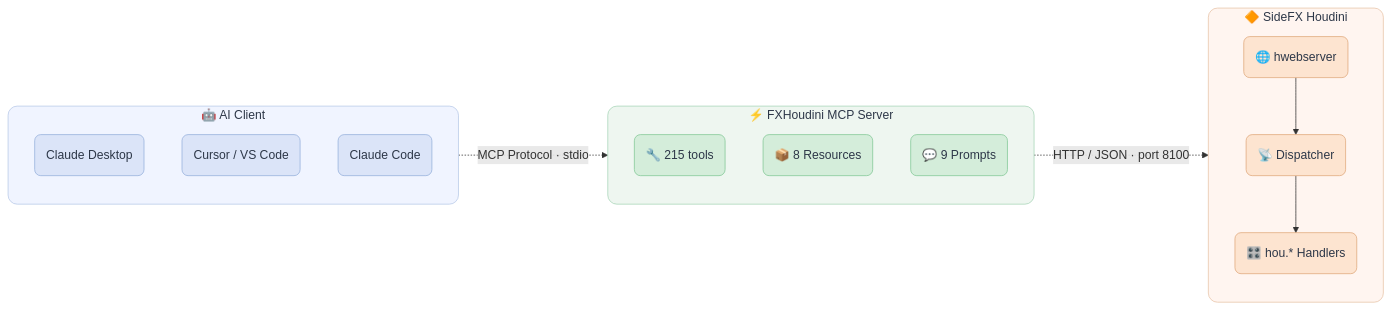
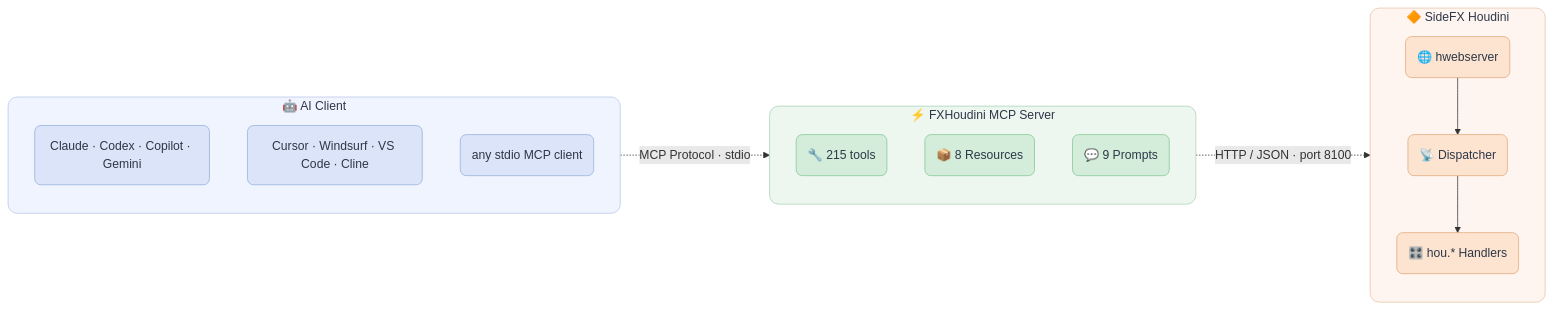
The diagram in README.md (d-potrivaev/fxhoudinimcp), drawn with Mermaid before and after one commit. The commit also changed other lines of this file and 2 other files, not shown here.

First line of the commit message:
docs: no client is featured over the others

````diff
--- a/README.md
+++ b/README.md
@@ -76,42 +76,42 @@
 ```mermaid
 flowchart LR
     subgraph Client[" 🤖 AI Client "]
         direction TB
-        A1("Claude Desktop")
-        A2("Cursor / VS Code")
-        A3("Claude Code")
+        A1("Claude · Codex · Copilot · Gemini")
+        A2("Cursor · Windsurf · VS Code · Cline")
+        A3("any stdio MCP client")
     end
 
     subgraph MCP[" ⚡ FXHoudini MCP Server "]
         direction TB
         B1("🔧 215 tools")
         B2("📦 8 Resources")
         B3("💬 9 Prompts")
     end
 
     subgraph Houdini[" 🔶 SideFX Houdini "]
         direction TB
         C1("🌐 hwebserver")
         C2("📡 Dispatcher")
         C3("🎛️ hou.* Handlers")
         C1 --> C2 --> C3
     end
 
     Client -. "MCP Protocol · stdio" .-> MCP
     MCP -. "HTTP / JSON · port 8100" .-> Houdini
 
     classDef clientBox fill:#f0f4ff,stroke:#b8c9e8,stroke-width:1px,color:#2d3748,rx:12,ry:12
     classDef mcpBox fill:#eef6f0,stroke:#a8d5b8,stroke-width:1px,color:#2d3748,rx:12,ry:12
     classDef houdiniBox fill:#fff5f0,stroke:#e8c4a8,stroke-width:1px,color:#2d3748,rx:12,ry:12
 
     classDef clientNode fill:#dbe4f8,stroke:#96b0dc,stroke-width:1px,color:#2d3748,rx:8,ry:8
     classDef mcpNode fill:#d4edda,stroke:#82c896,stroke-width:1px,color:#2d3748,rx:8,ry:8
     classDef houdiniNode fill:#fde4d0,stroke:#e0a87c,stroke-width:1px,color:#2d3748,rx:8,ry:8
 
     class Client clientBox
     class MCP mcpBox
     class Houdini houdiniBox
     class A1,A2,A3 clientNode
     class B1,B2,B3 mcpNode
     class C1,C2,C3 houdiniNode
 ```
````
